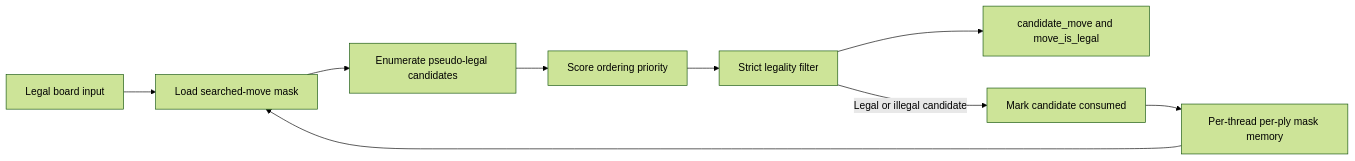
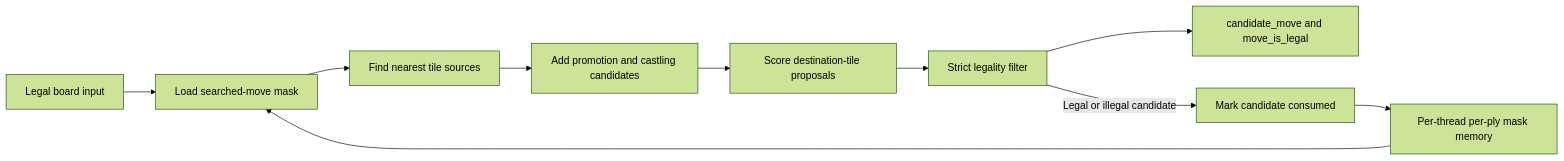
One commit to 3met/FPGA-Chess changed the diagram in docs/modules/move-generator.md. Above: the diagram before and after it, drawn with Mermaid (forest theme). The commit also changed other lines of this file and 3 other files, not shown here.

````diff
--- a/docs/modules/move-generator.md
+++ b/docs/modules/move-generator.md
@@ -42,16 +47,17 @@
 ```mermaid
 flowchart LR
     Input["Legal board input"]
     MaskLoad["Load searched-move mask"]
-    Enumerate["Enumerate pseudo-legal candidates"]
-    Score["Score ordering priority"]
+    Nearest["Find nearest tile sources"]
+    Specials["Add promotion and castling candidates"]
+    Score["Score destination-tile proposals"]
     LegalCheck["Strict legality filter"]
     Output["candidate_move and move_is_legal"]
     MaskSave["Mark candidate consumed"]
     MaskMemory["Per-thread per-ply mask memory"]
 
-    Input --> MaskLoad --> Enumerate --> Score --> LegalCheck --> Output
+    Input --> MaskLoad --> Nearest --> Specials --> Score --> LegalCheck --> Output
     MaskMemory --> MaskLoad
     LegalCheck -->|"Legal or illegal candidate"| MaskSave
     MaskSave --> MaskMemory
 ```
````
